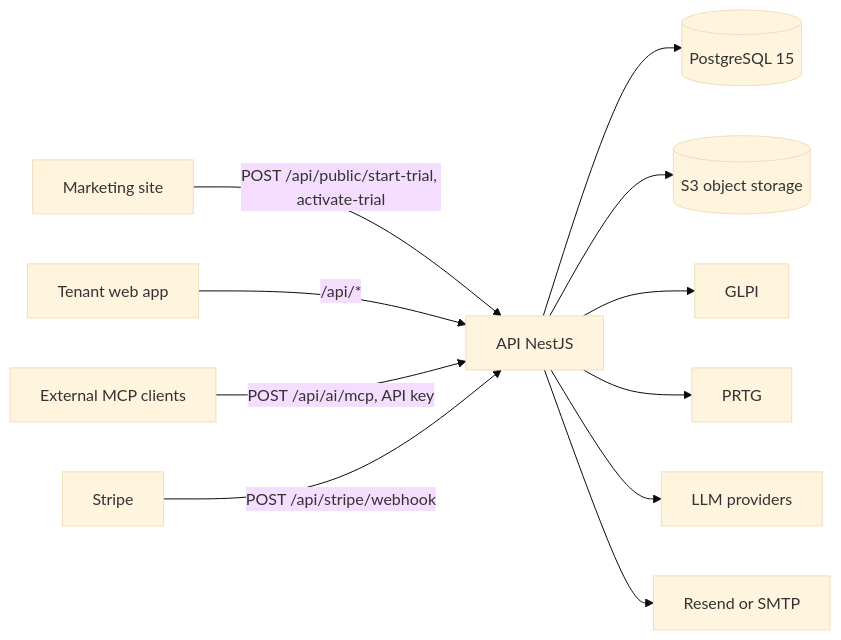
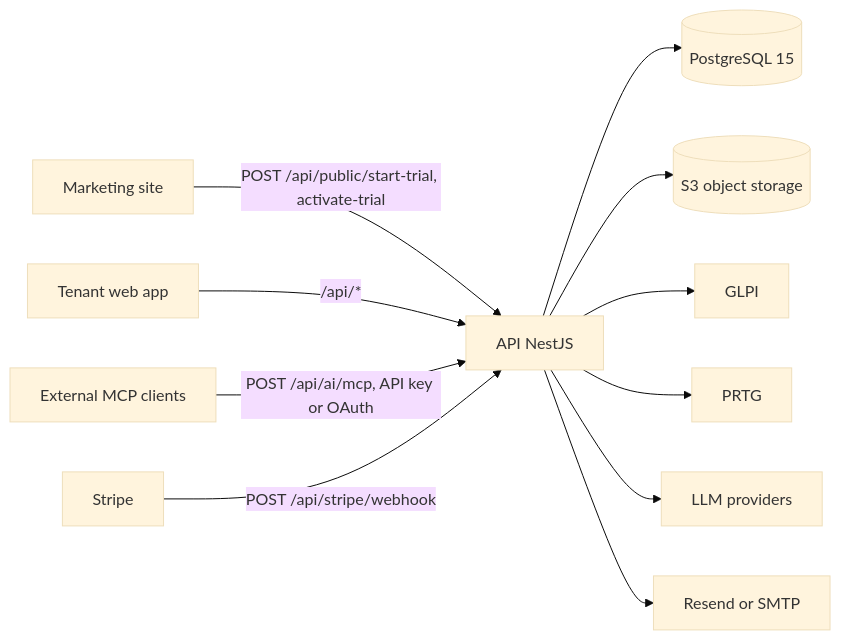
Before and after one commit to kanap-hq/KANAP: the diagram in doc/architecture.md, drawn with Mermaid (base theme). The commit also changed other lines of this file and 31 other files, not shown here.

First line of the commit message:
ai: MCP OAuth connector, authorization and resource server (lot 1)

````diff
--- a/doc/architecture.md
+++ b/doc/architecture.md
@@ -70,13 +70,13 @@
 ```mermaid
 flowchart LR
   Marketing[Marketing site] -->|POST /api/public/start-trial, activate-trial| API[API NestJS]
   Web[Tenant web app] -->|/api/*| API
-  MCP[External MCP clients] -->|POST /api/ai/mcp, API key| API
+  MCP[External MCP clients] -->|POST /api/ai/mcp, API key or OAuth| API
   Stripe[Stripe] -->|POST /api/stripe/webhook| API
   API --> DB[(PostgreSQL 15)]
   API --> S3[(S3 object storage)]
   API --> GLPI[GLPI]
   API --> PRTG[PRTG]
   API --> LLM[LLM providers]
   API --> Mail[Resend or SMTP]
 ```
````
